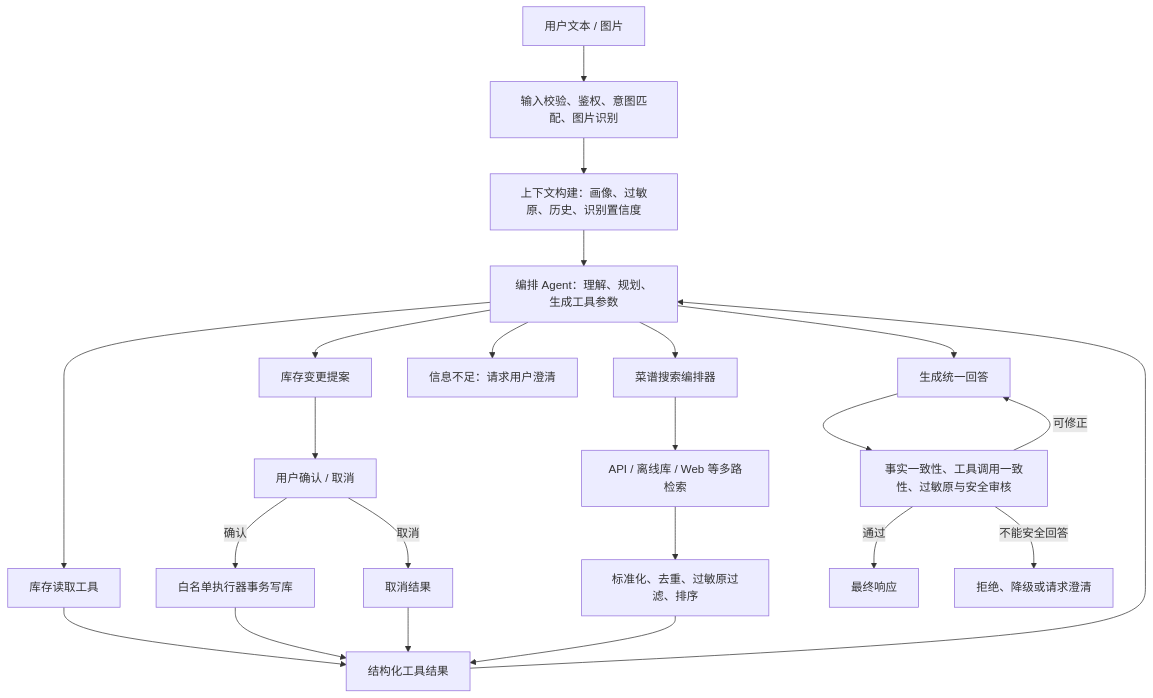
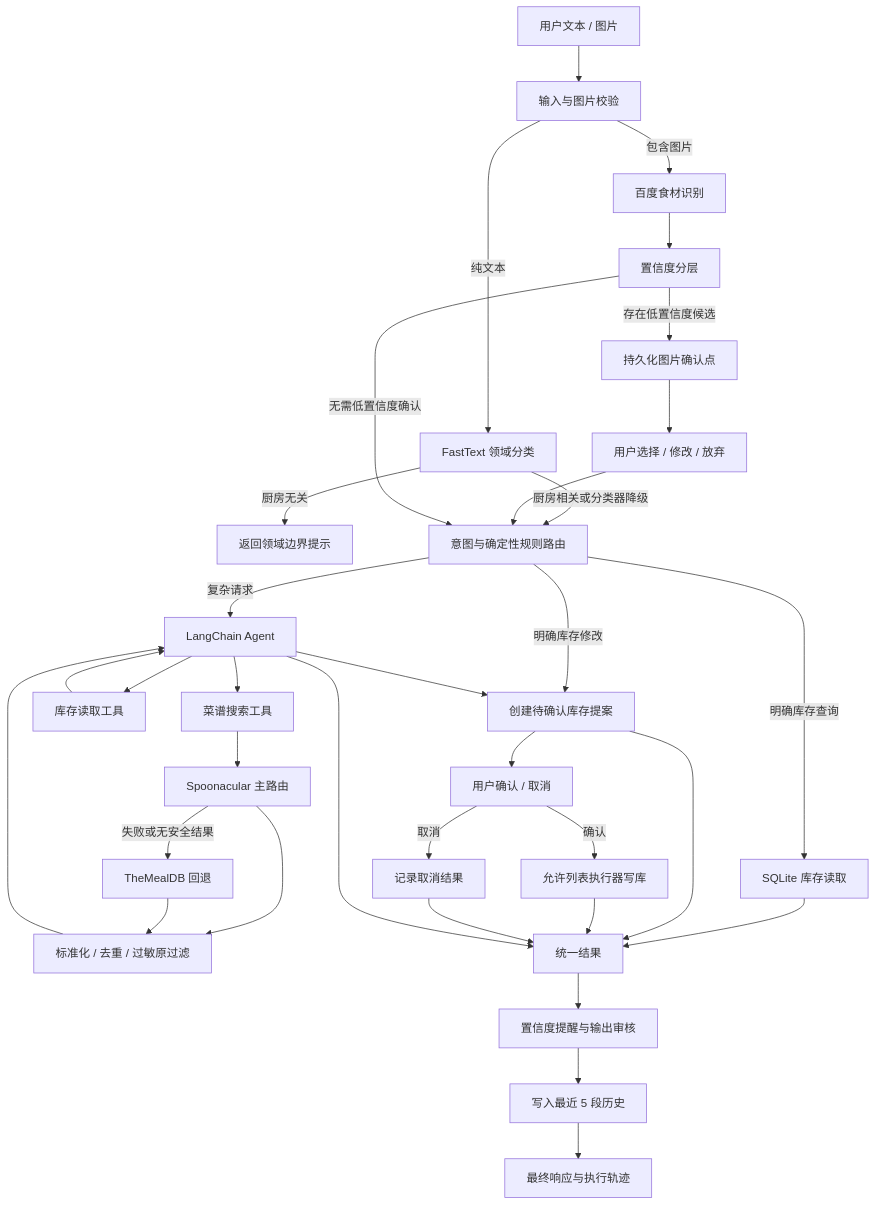
The diagram in README.md (aicecould/kitchen_inventory_agent), drawn with Mermaid before and after one commit. The commit also changed other lines of this file and 1 other file, not shown here.

````diff
--- a/README.md
+++ b/README.md
@@ -7,30 +24,41 @@
 ```mermaid
 flowchart TD
-    A["用户文本 / 图片"] --> B["输入校验、鉴权、意图匹配、图片识别"]
-    B --> C["上下文构建：画像、过敏原、历史、识别置信度"]
-    C --> D["编排 Agent：理解、规划、生成工具参数"]
+    A["用户文本 / 图片"] --> B["输入与图片校验"]
 
-    D --> E["库存读取工具"]
-    D --> F["库存变更提案"]
-    D --> G["菜谱搜索编排器"]
-    D --> H["信息不足：请求用户澄清"]
+    B -->|纯文本| C["FastText 领域分类"]
+    C -->|厨房无关| C1["返回领域边界提示"]
+    C -->|厨房相关或分类器降级| D["意图与确定性规则路由"]
 
-    F --> I["用户确认 / 取消"]
-    I -->|确认| J["白名单执行器事务写库"]
-    I -->|取消| K["取消结果"]
+    B -->|包含图片| E["百度食材识别"]
+    E --> F["置信度分层"]
+    F -->|存在低置信度候选| G["持久化图片确认点"]
+    G --> H["用户选择 / 修改 / 放弃"]
+    H --> D
+    F -->|无需低置信度确认| D
 
-    G --> L["API / 离线库 / Web 等多路检索"]
-    L --> M["标准化、去重、过敏原过滤、排序"]
+    D -->|明确库存查询| I["SQLite 库存读取"]
+    D -->|明确库存修改| J["创建待确认库存提案"]
+    J --> K["用户确认 / 取消"]
+    K -->|确认| L["允许列表执行器写库"]
+    K -->|取消| M["记录取消结果"]
 
-    E --> N["结构化工具结果"]
-    J --> N
-    K --> N
-    M --> N
-    N --> D
+    D -->|复杂请求| N["LangChain Agent"]
+    N --> O["库存读取工具"]
+    N --> J
+    N --> P["菜谱搜索工具"]
+    P --> Q["Spoonacular 主路由"]
+    Q -->|失败或无安全结果| R["TheMealDB 回退"]
+    Q --> S["标准化 / 去重 / 过敏原过滤"]
+    R --> S
+    O --> N
+    S --> N
 
-    D --> O["生成统一回答"]
-    O --> P["事实一致性、工具调用一致性、过敏原与安全审核"]
-    P -->|通过| Q["最终响应"]
-    P -->|可修正| O
-    P -->|不能安全回答| R["拒绝、降级或请求澄清"]
+    I --> T["统一结果"]
+    J --> T
+    L --> T
+    M --> T
+    N --> T
+    T --> U["置信度提醒与输出审核"]
+    U --> V["写入最近 5 段历史"]
+    V --> W["最终响应与执行轨迹"]
 ```
````
